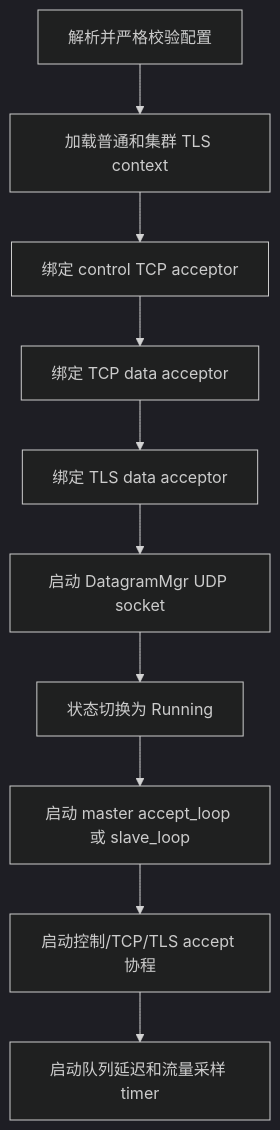
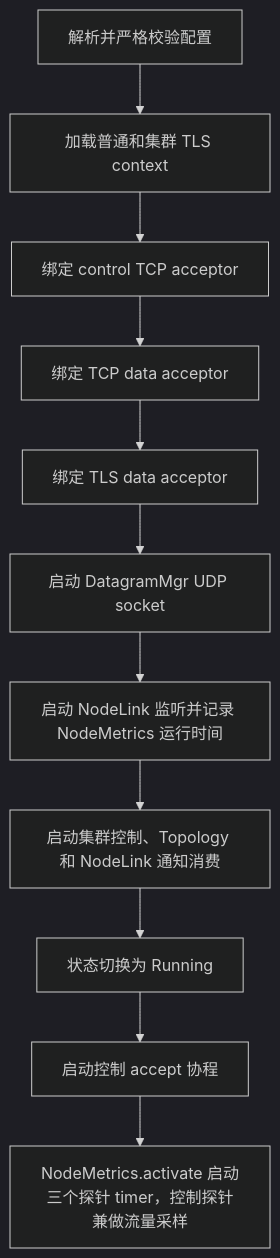
Before and after one commit to Xtinc/relayweave: diagram 12 of 15 in docs/RelayWeave设计.md, drawn with Mermaid (dark theme). The commit also changed other lines of this file and 34 other files, not shown here.

First line of the commit message:
Enhance Node Metrics and Shutdown Handling

````diff
--- a/docs/RelayWeave设计.md
+++ b/docs/RelayWeave设计.md
@@ -2795,12 +2812,13 @@
 ```mermaid
 flowchart TD
     A[解析并严格校验配置] --> B[加载普通和集群 TLS context]
     B --> C[绑定 control TCP acceptor]
     C --> D[绑定 TCP data acceptor]
     D --> E[绑定 TLS data acceptor]
     E --> F[启动 DatagramMgr UDP socket]
-    F --> G[状态切换为 Running]
-    G --> H[启动 master accept_loop 或 slave_loop]
-    H --> I[启动控制/TCP/TLS accept 协程]
-    I --> J[启动队列延迟和流量采样 timer]
+    F --> N[启动 NodeLink 监听并记录 NodeMetrics 运行时间]
+    N --> H[启动集群控制、Topology 和 NodeLink 通知消费]
+    H --> G[状态切换为 Running]
+    G --> I[启动控制 accept 协程]
+    I --> J[NodeMetrics.activate 启动三个探针 timer，控制探针兼做流量采样]
 ```
````
